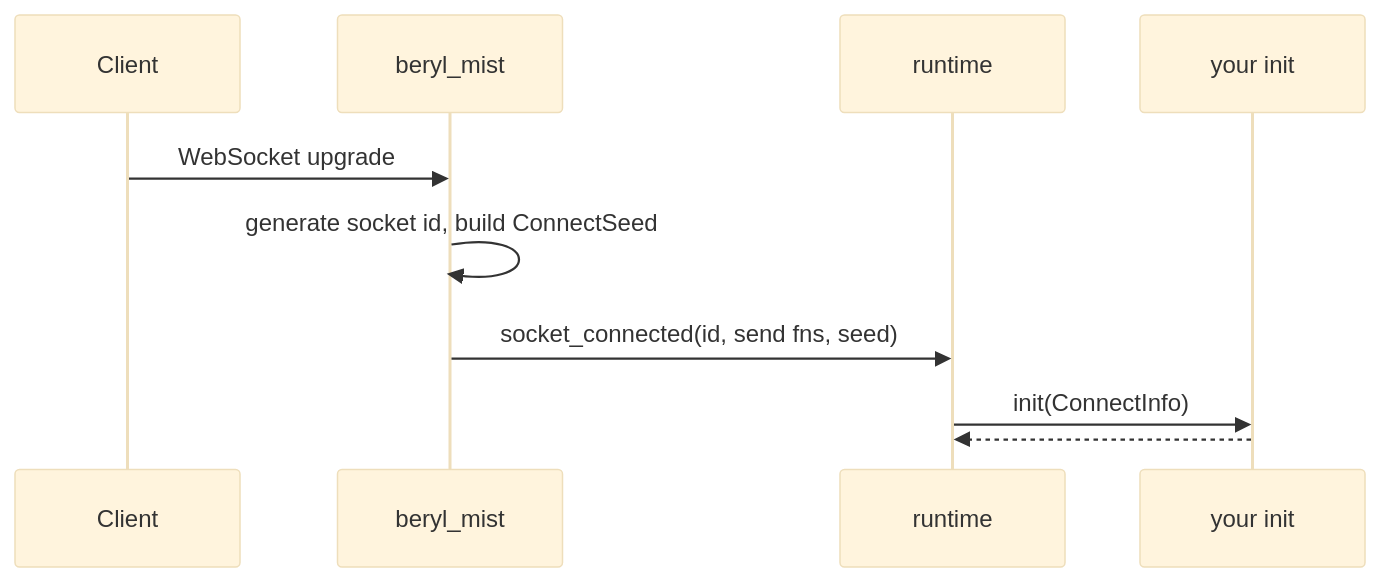
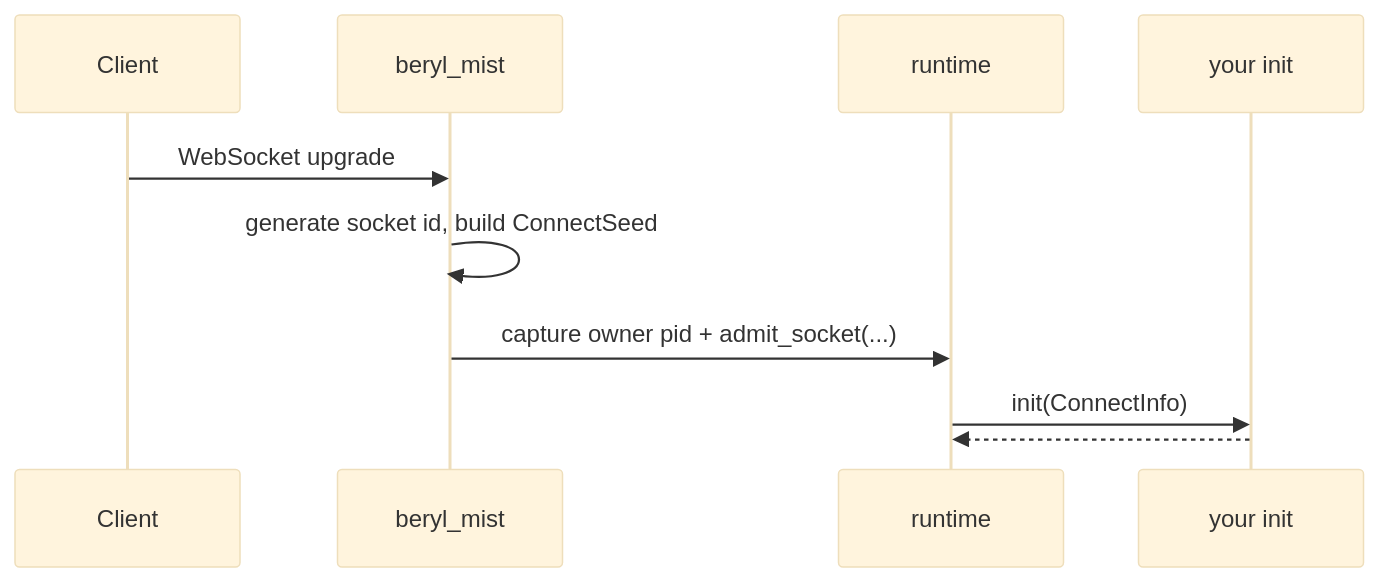
Before and after one commit to tylerbutler/beryl: the first of 6 diagrams in website/src/content/docs/architecture/message-lifecycle.md, drawn with Mermaid (base theme). The commit also changed 25 other files, not shown here.

````diff
--- a/website/src/content/docs/architecture/message-lifecycle.md
+++ b/website/src/content/docs/architecture/message-lifecycle.md
@@ -11,12 +11,12 @@
 ```mermaid
 sequenceDiagram
   participant Client
   participant Mist as beryl_mist
   participant RT as runtime
   participant App as your init
   Client->>Mist: WebSocket upgrade
   Mist->>Mist: generate socket id, build ConnectSeed
-  Mist->>RT: socket_connected(id, send fns, seed)
+  Mist->>RT: capture owner pid + admit_socket(...)
   RT->>App: init(ConnectInfo)
   App-->>RT: #(model, effects)
 ```
````
